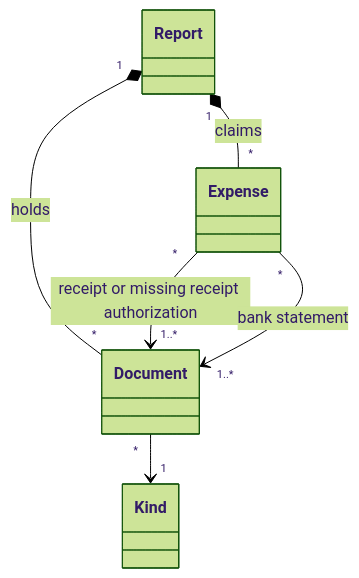
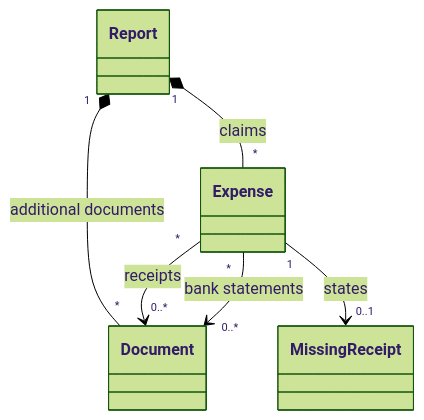
One commit to mosser/macreport changed the diagram in docs/specs/domain-model.md. Above: the diagram before and after it, drawn with Mermaid (forest theme). The commit also changed other lines of this file and 9 other files, not shown here.

First line of the commit message:
Write missing receipt forms, allow cash expenses, embed Noto Sans

````diff
--- a/docs/specs/domain-model.md
+++ b/docs/specs/domain-model.md
@@ -56,8 +59,8 @@
 ```mermaid
 classDiagram
-  Report "1" *-- "*" Document : holds
   Report "1" *-- "*" Expense : claims
-  Expense "*" --> "1..*" Document : receipt or missing receipt authorization
-  Expense "*" --> "1..*" Document : bank statement
-  Document "*" --> "1" Kind
+  Report "1" *-- "*" Document : additional documents
+  Expense "*" --> "0..*" Document : receipts
+  Expense "*" --> "0..*" Document : bank statements
+  Expense "1" --> "0..1" MissingReceipt : states
 ```
````
